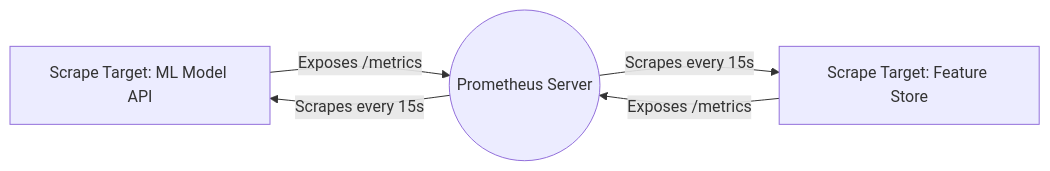
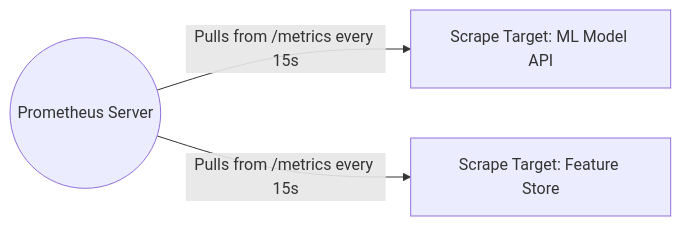
One commit to ga-curriculum/observability-and-log-management changed the diagram in instructor-guide.md. Above: the diagram before and after it, drawn with Mermaid. The commit also changed other lines of this file and 1 other file, not shown here.

````diff
--- a/instructor-guide.md
+++ b/instructor-guide.md
@@ -38,8 +37,9 @@
 ```mermaid
 graph LR
-    A[Scrape Target: ML Model API] -->|Exposes /metrics| B;
-    C[Scrape Target: Feature Store] -->|Exposes /metrics| B;
-    B((Prometheus Server)) -->|Scrapes every 15s| A;
-    B -->|Scrapes every 15s| C;
-
+    A[Scrape Target: ML Model API]
+    C[Scrape Target: Feature Store]
+    B((Prometheus Server))
+    
+    B -->|Pulls from /metrics every 15s| A;
+    B -->|Pulls from /metrics every 15s| C;
 ```
````
